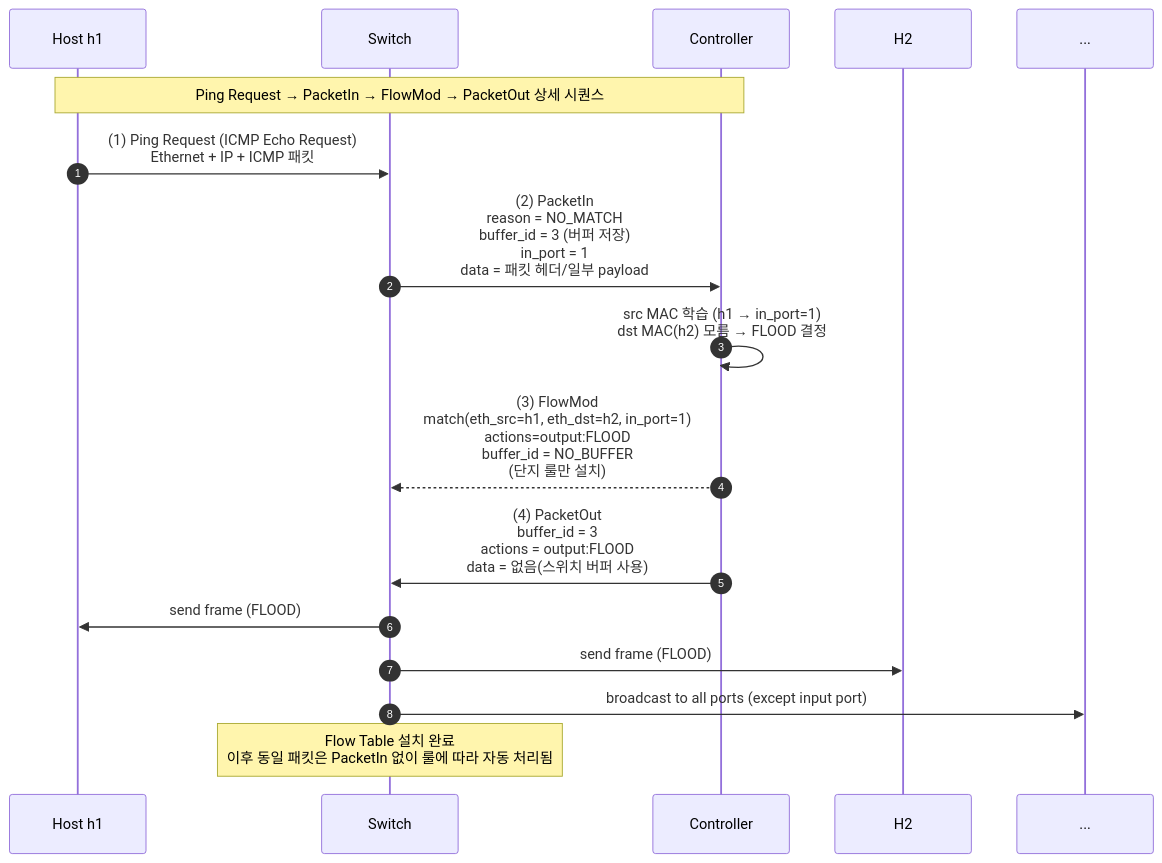
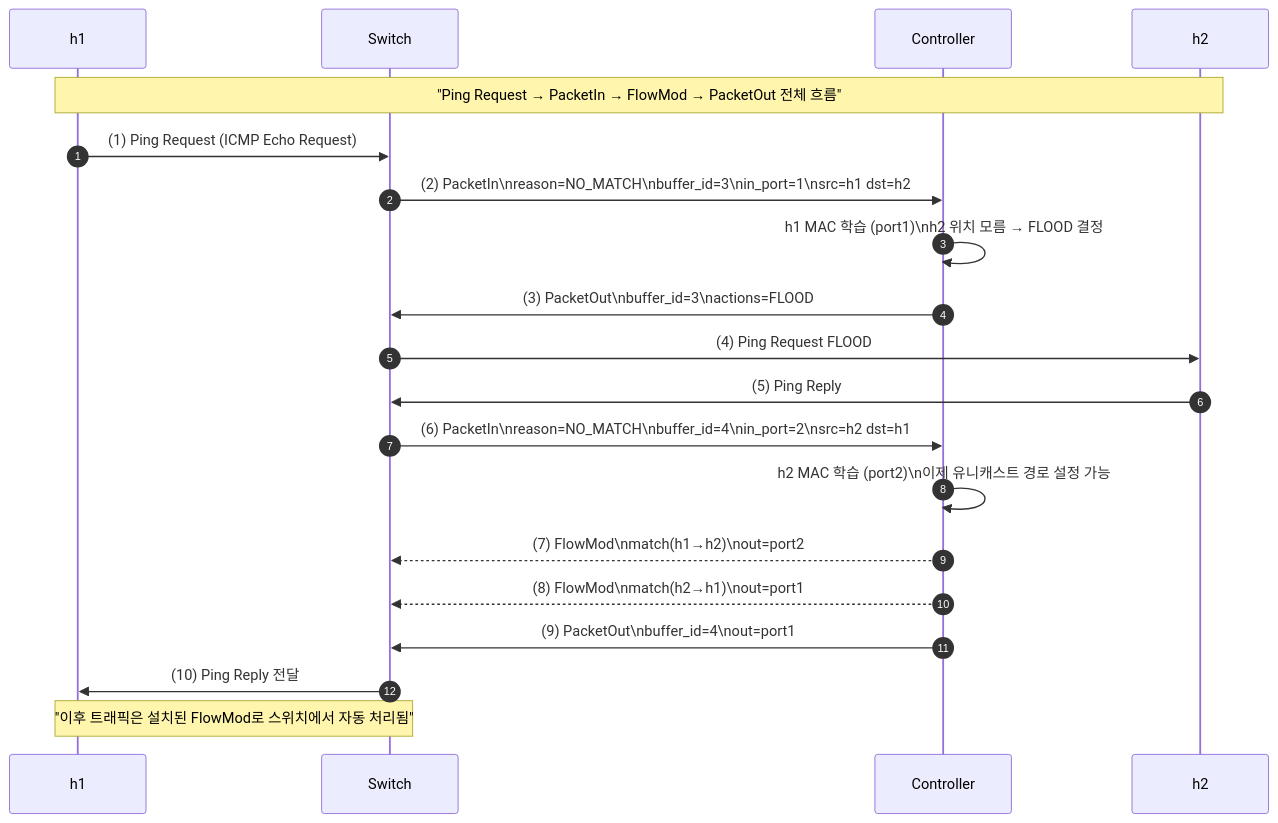
One commit to SCKIMOSU/SmartNetworkService changed the first of 3 diagrams in [12주차_2차시] 스위치–컨트롤러 메시지.md. Above: the diagram before and after it, drawn with Mermaid. The commit also changed other lines of this file, not shown here.

Commit message:
Update [12주차_2차시] 스위치–컨트롤러 메시지.md

````diff
--- a/[12주차_2차시] 스위치–컨트롤러 메시지.md
+++ b/[12주차_2차시] 스위치–컨트롤러 메시지.md
@@ -5,33 +5,50 @@
 ```mermaid
 sequenceDiagram
     autonumber
 
-    participant H1 as Host h1
+    participant H1 as h1
     participant SW as Switch
     participant CT as Controller
+    participant H2 as h2
 
-    Note over H1,CT: Ping Request → PacketIn → FlowMod → PacketOut 상세 시퀀스
+    Note over H1,H2: "Ping Request → PacketIn → FlowMod → PacketOut 전체 흐름"
 
-    %% 1. Host → Switch : Ping Request
-    H1 ->> SW: (1) Ping Request (ICMP Echo Request)<br/>Ethernet + IP + ICMP 패킷
+    %% 1) Ping Request
+    H1 ->> SW: (1) Ping Request (ICMP Echo Request)
 
-    %% 2. Switch → Controller : PacketIn
-    SW ->> CT: (2) PacketIn<br/>reason = NO_MATCH<br/>buffer_id = 3 (버퍼 저장)<br/>in_port = 1<br/>data = 패킷 헤더/일부 payload
+    %% 2) PacketIn to Controller
+    SW ->> CT: (2) PacketIn\nreason=NO_MATCH\nbuffer_id=3\nin_port=1\nsrc=h1 dst=h2
 
-    %% 3. Controller 내부 처리
-    CT ->> CT: src MAC 학습 (h1 → in_port=1)<br/>dst MAC(h2) 모름 → FLOOD 결정
+    %% 3) Controller Learns h1 MAC
+    CT ->> CT: h1 MAC 학습 (port1)\nh2 위치 모름 → FLOOD 결정
 
-    %% 4. FlowMod 전송
-    CT -->> SW: (3) FlowMod<br/>match(eth_src=h1, eth_dst=h2, in_port=1)<br/>actions=output:FLOOD<br/>buffer_id = NO_BUFFER<br/>(단지 룰만 설치)
+    %% 4) PacketOut (FLOOD)
+    CT ->> SW: (3) PacketOut\nbuffer_id=3\nactions=FLOOD
 
-    %% 5. PacketOut 전송
-    CT ->> SW: (4) PacketOut<br/>buffer_id = 3<br/>actions = output:FLOOD<br/>data = 없음(스위치 버퍼 사용)
+    %% 5) FLOOD to h2
+    SW ->> H2: (4) Ping Request FLOOD
 
-    %% 6. Switch는 buffer_id 3 패킷을 FLOOD 처리
-    SW ->> H1: send frame (FLOOD)
-    SW ->> H2: send frame (FLOOD)
-    SW ->> ...: broadcast to all ports (except input port)
+    %% 6) h2 replies
+    H2 ->> SW: (5) Ping Reply
 
-    Note over SW: Flow Table 설치 완료<br/>이후 동일 패킷은 PacketIn 없이 룰에 따라 자동 처리됨
+    %% 7) PacketIn again
+    SW ->> CT: (6) PacketIn\nreason=NO_MATCH\nbuffer_id=4\nin_port=2\nsrc=h2 dst=h1
+
+    %% 8) Controller learns h2 MAC
+    CT ->> CT: h2 MAC 학습 (port2)\n이제 유니캐스트 경로 설정 가능
+
+    %% 9) FlowMod #1
+    CT -->> SW: (7) FlowMod\nmatch(h1→h2)\nout=port2
+
+    %% 10) FlowMod #2
+    CT -->> SW: (8) FlowMod\nmatch(h2→h1)\nout=port1
+
+    %% 11) PacketOut for immediate reply
+    CT ->> SW: (9) PacketOut\nbuffer_id=4\nout=port1
+
+    %% 12) Deliver Reply
+    SW ->> H1: (10) Ping Reply 전달
+
+    Note over SW,H1: "이후 트래픽은 설치된 FlowMod로 스위치에서 자동 처리됨"
 
 ```
````
